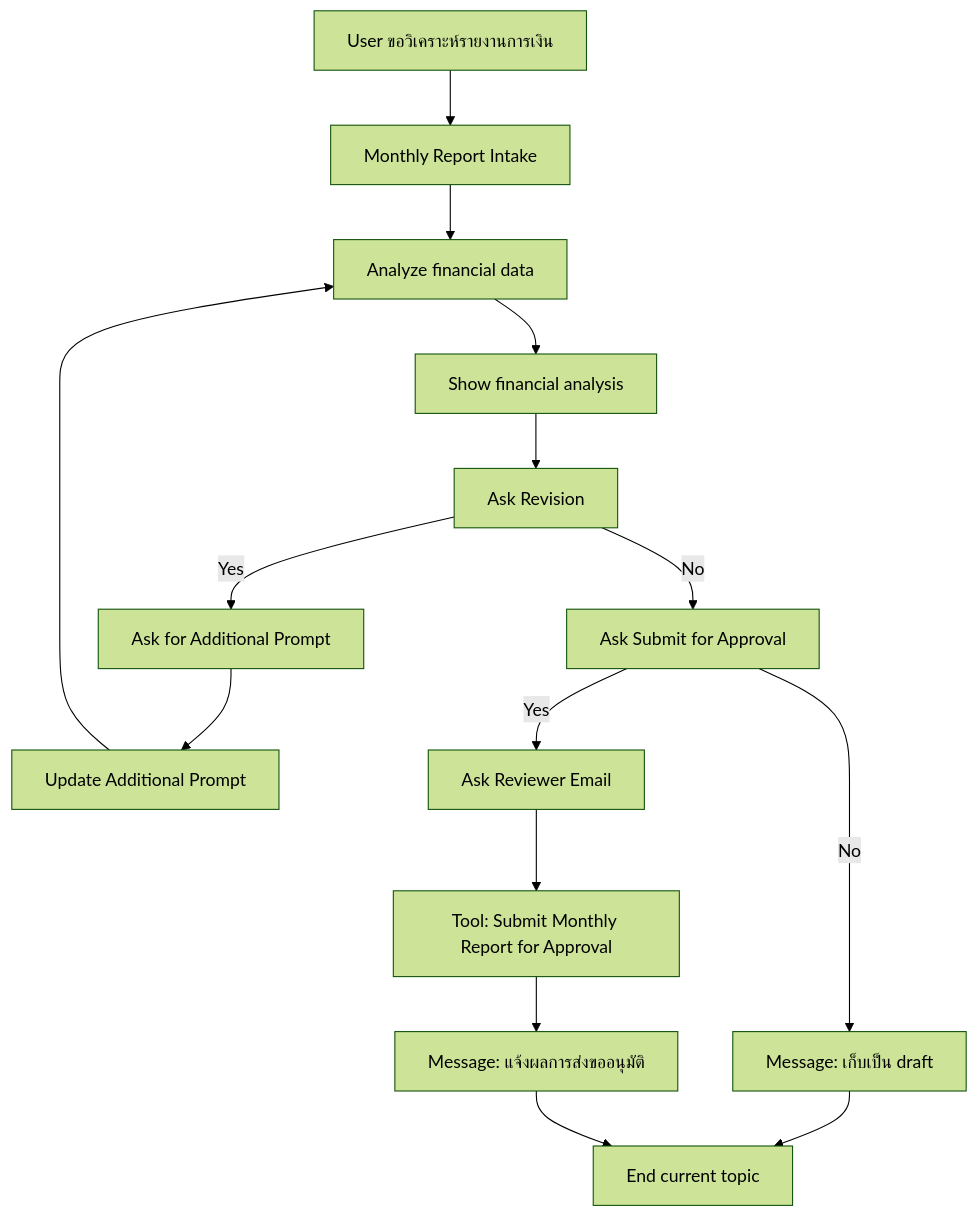
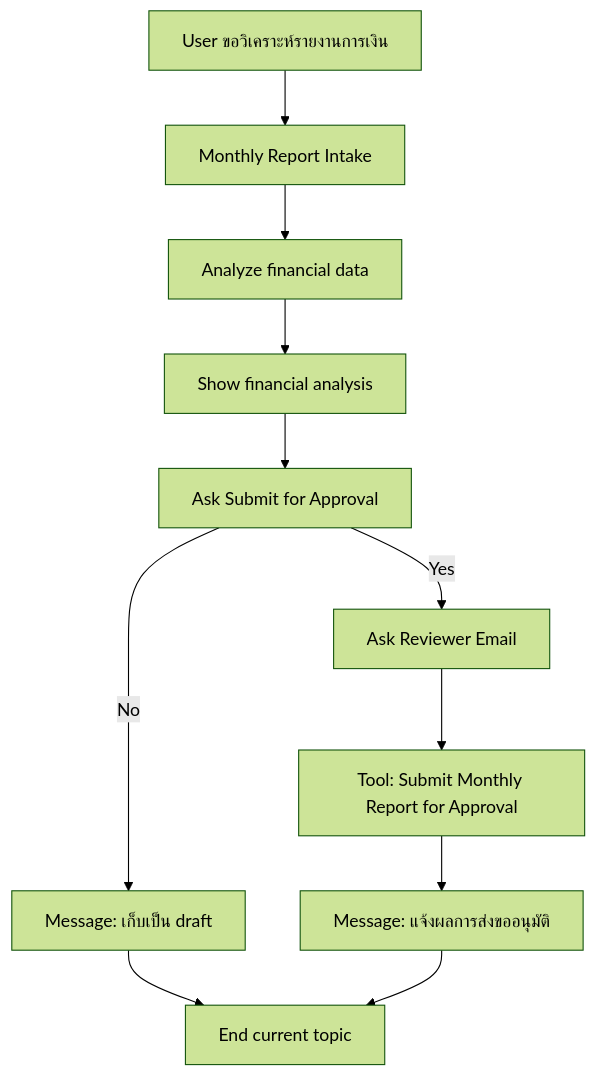
Before and after one commit to teerasej/SET-ai-creation-public: the first of 2 diagrams in exercises/module-4/exercise-2-approval-flow-action/README.md, drawn with Mermaid (forest theme). The commit also changed other lines of this file and 13 other files, not shown here.

````diff
--- a/exercises/module-4/exercise-2-approval-flow-action/README.md
+++ b/exercises/module-4/exercise-2-approval-flow-action/README.md
@@ -11,17 +9,13 @@
 ```mermaid
 flowchart TD
     A[User ขอวิเคราะห์รายงานการเงิน] --> B[Monthly Report Intake]
     B --> C[Analyze financial data]
     C --> D[Show financial analysis]
-    D --> E[Ask Revision]
-    E -->|Yes| F[Ask for Additional Prompt]
-    F --> G[Update Additional Prompt]
-    G --> C
-    E -->|No| H[Ask Submit for Approval]
-    H -->|No| I[Message: เก็บเป็น draft]
-    H -->|Yes| J[Ask Reviewer Email]
-    J --> K[Tool: Submit Monthly Report for Approval]
-    K --> L[Message: แจ้งผลการส่งขออนุมัติ]
-    I --> M[End current topic]
-    L --> M
+    D --> E[Ask Submit for Approval]
+    E -->|No| F[Message: เก็บเป็น draft]
+    E -->|Yes| G[Ask Reviewer Email]
+    G --> H[Tool: Submit Monthly Report for Approval]
+    H --> I[Message: แจ้งผลการส่งขออนุมัติ]
+    F --> J[End current topic]
+    I --> J
 ```
````
